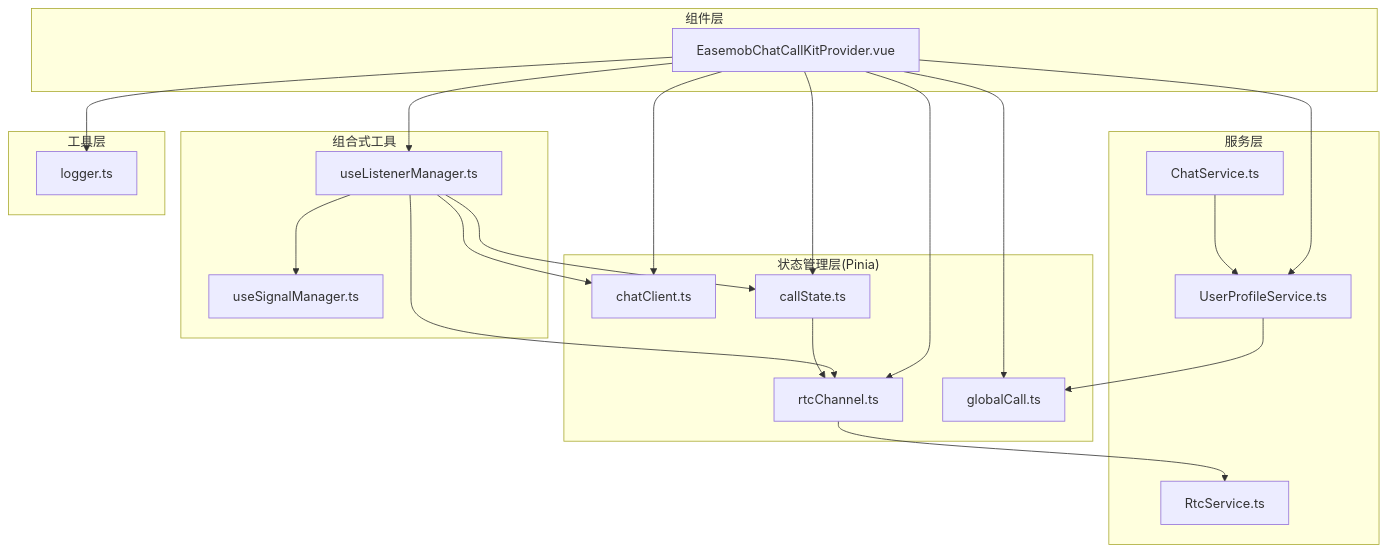
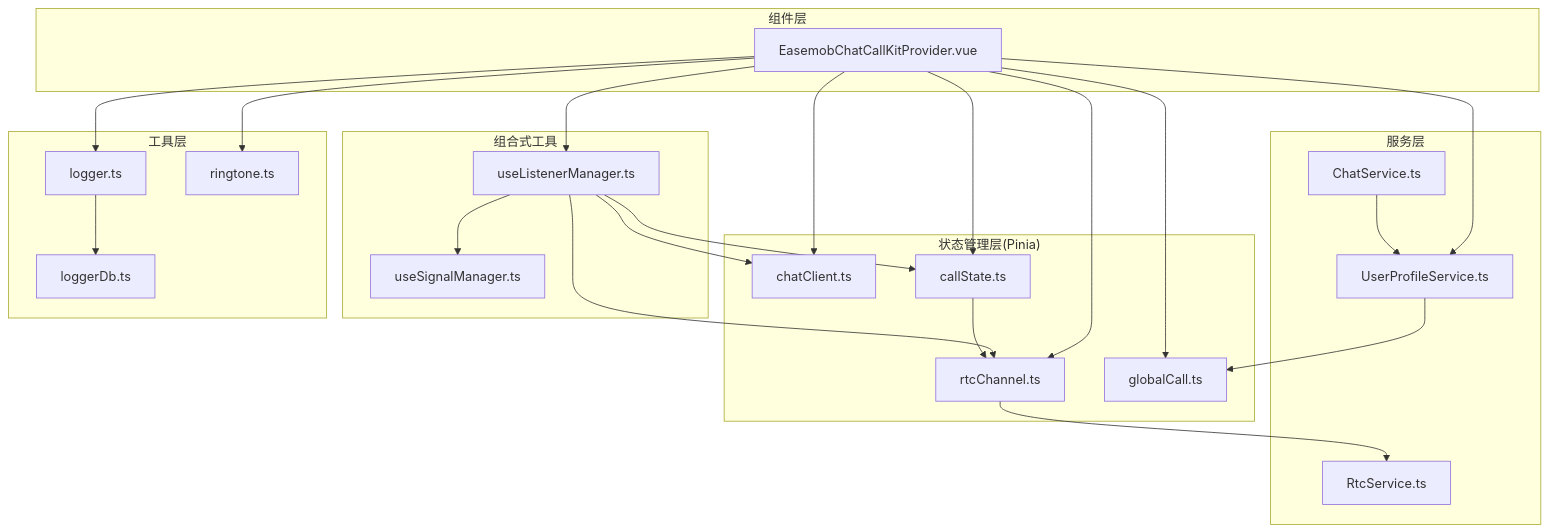
One commit to Easemob-Community/easemob-uikit-callkit-vue3 changed the first of 5 diagrams in .qoder/repowiki/zh/content/核心组件/Provider 组件.md. Above: the diagram before and after it, drawn with Mermaid. The commit also changed other lines of this file and 58 other files, not shown here.

````diff
--- a/.qoder/repowiki/zh/content/核心组件/Provider 组件.md
+++ b/.qoder/repowiki/zh/content/核心组件/Provider 组件.md
@@ -54,39 +62,43 @@
 ```mermaid
 graph TB
 subgraph "组件层"
 Provider["EasemobChatCallKitProvider.vue"]
 end
 subgraph "状态管理层(Pinia)"
 ChatClientStore["chatClient.ts"]
 CallStateStore["callState.ts"]
 RtcChannelStore["rtcChannel.ts"]
 GlobalCallStore["globalCall.ts"]
 end
 subgraph "组合式工具"
 ListenerMgr["useListenerManager.ts"]
 SignalMgr["useSignalManager.ts"]
 end
 subgraph "服务层"
 RtcSvc["RtcService.ts"]
 UserProfileSvc["UserProfileService.ts"]
 ChatSvc["ChatService.ts"]
 end
 subgraph "工具层"
 Logger["logger.ts"]
+Ringtone["ringtone.ts"]
+LogDB["loggerDb.ts"]
 end
 Provider --> ChatClientStore
 Provider --> CallStateStore
 Provider --> RtcChannelStore
 Provider --> GlobalCallStore
 Provider --> ListenerMgr
 Provider --> Logger
+Provider --> Ringtone
 Provider --> UserProfileSvc
 ListenerMgr --> ChatClientStore
 ListenerMgr --> CallStateStore
 ListenerMgr --> RtcChannelStore
 ListenerMgr --> SignalMgr
 RtcChannelStore --> RtcSvc
 CallStateStore --> RtcChannelStore
 UserProfileSvc --> GlobalCallStore
 ChatSvc --> UserProfileSvc
+Logger --> LogDB
 ```
````
